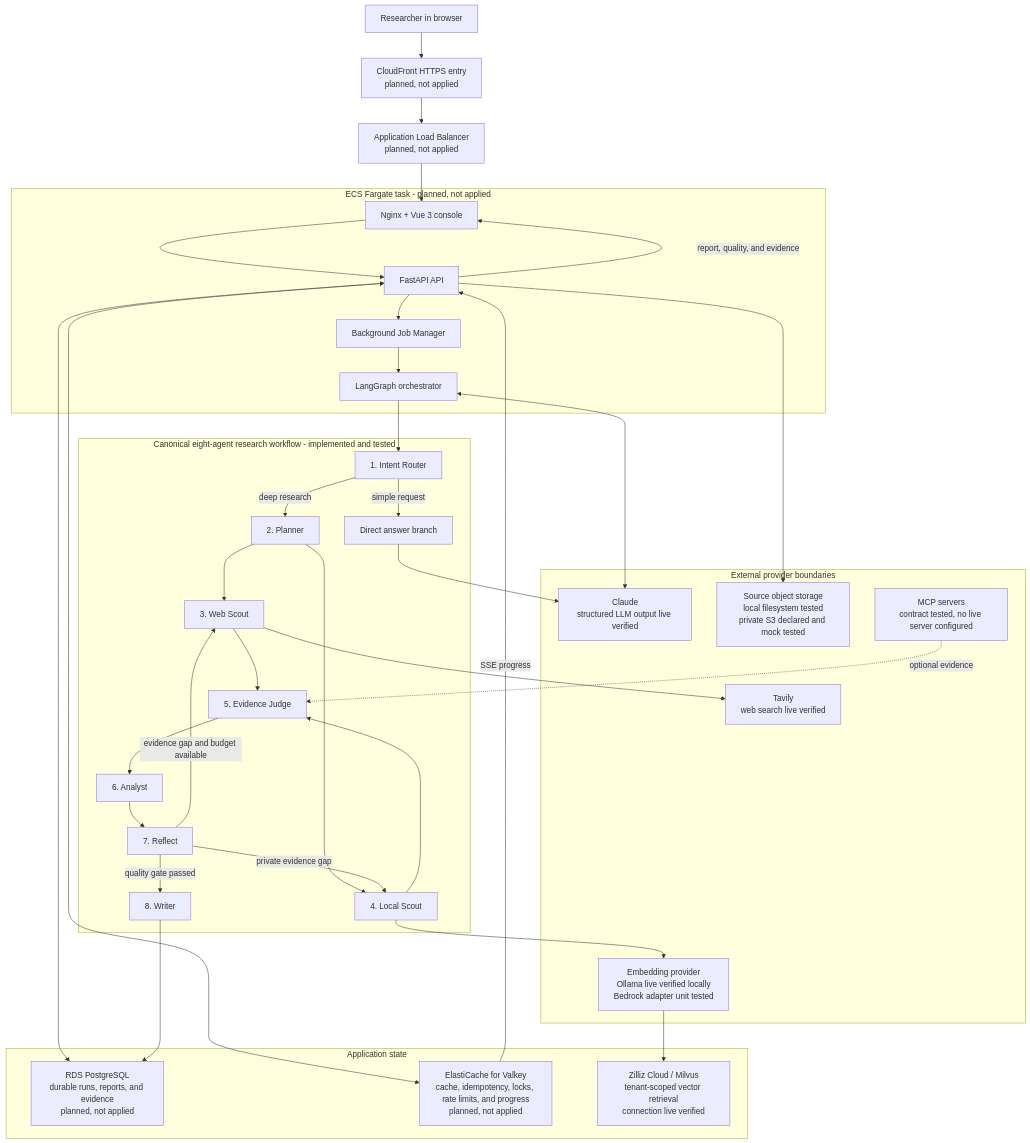
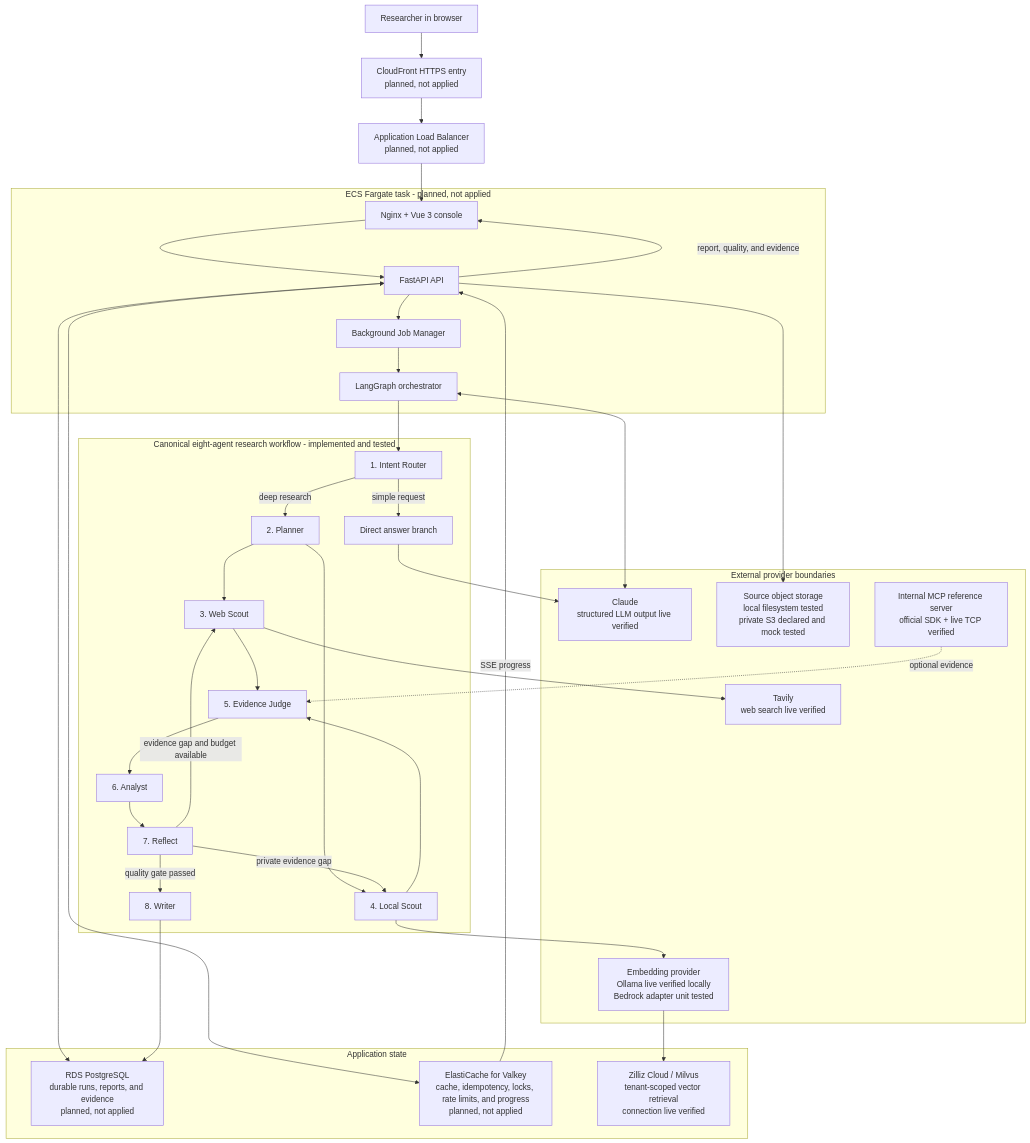
Before and after one commit to akira-in-tech/enterprise-agentic-research-platform: the diagram in README.md, drawn with Mermaid. The commit also changed other lines of this file and 21 other files, not shown here.

Commit message:
feat: integrate real MCP reference server

````diff
--- a/README.md
+++ b/README.md
@@ -290,62 +292,62 @@
 ```mermaid
 flowchart TB
     researcher["Researcher in browser"]
     cloudfront["CloudFront HTTPS entry<br/>planned, not applied"]
     alb["Application Load Balancer<br/>planned, not applied"]
 
     subgraph ecs["ECS Fargate task - planned, not applied"]
         frontend["Nginx + Vue 3 console"]
         api["FastAPI API"]
         jobs["Background Job Manager"]
         workflow["LangGraph orchestrator"]
     end
 
     subgraph agents["Canonical eight-agent research workflow - implemented and tested"]
         router["1. Intent Router"]
         planner["2. Planner"]
         web["3. Web Scout"]
         local["4. Local Scout"]
         judge["5. Evidence Judge"]
         analyst["6. Analyst"]
         reflect["7. Reflect"]
         writer["8. Writer"]
         direct["Direct answer branch"]
     end
 
     subgraph state["Application state"]
         postgres["RDS PostgreSQL<br/>durable runs, reports, and evidence<br/>planned, not applied"]
         redis["ElastiCache for Valkey<br/>cache, idempotency, locks, rate limits, and progress<br/>planned, not applied"]
         milvus["Zilliz Cloud / Milvus<br/>tenant-scoped vector retrieval<br/>connection live verified"]
     end
 
     subgraph providers["External provider boundaries"]
         claude["Claude<br/>structured LLM output live verified"]
         tavily["Tavily<br/>web search live verified"]
         embeddings["Embedding provider<br/>Ollama live verified locally<br/>Bedrock adapter unit tested"]
         objects["Source object storage<br/>local filesystem tested<br/>private S3 declared and mock tested"]
-        mcp["MCP servers<br/>contract tested, no live server configured"]
+        mcp["Internal MCP reference server<br/>official SDK + live TCP verified"]
     end
 
     researcher --> cloudfront --> alb --> frontend --> api
     api --> jobs --> workflow --> router
     router -->|simple request| direct --> claude
     router -->|deep research| planner
     planner --> web
     planner --> local
     web --> tavily
     local --> embeddings --> milvus
     api --> objects
     web --> judge
     local --> judge
     mcp -. optional evidence .-> judge
     judge --> analyst --> reflect
     reflect -->|evidence gap and budget available| web
     reflect -->|private evidence gap| local
     reflect -->|quality gate passed| writer
     workflow <--> claude
     api <--> redis
     api <--> postgres
     writer --> postgres
     redis -->|SSE progress| api
     api -->|report, quality, and evidence| frontend
 ```
````
